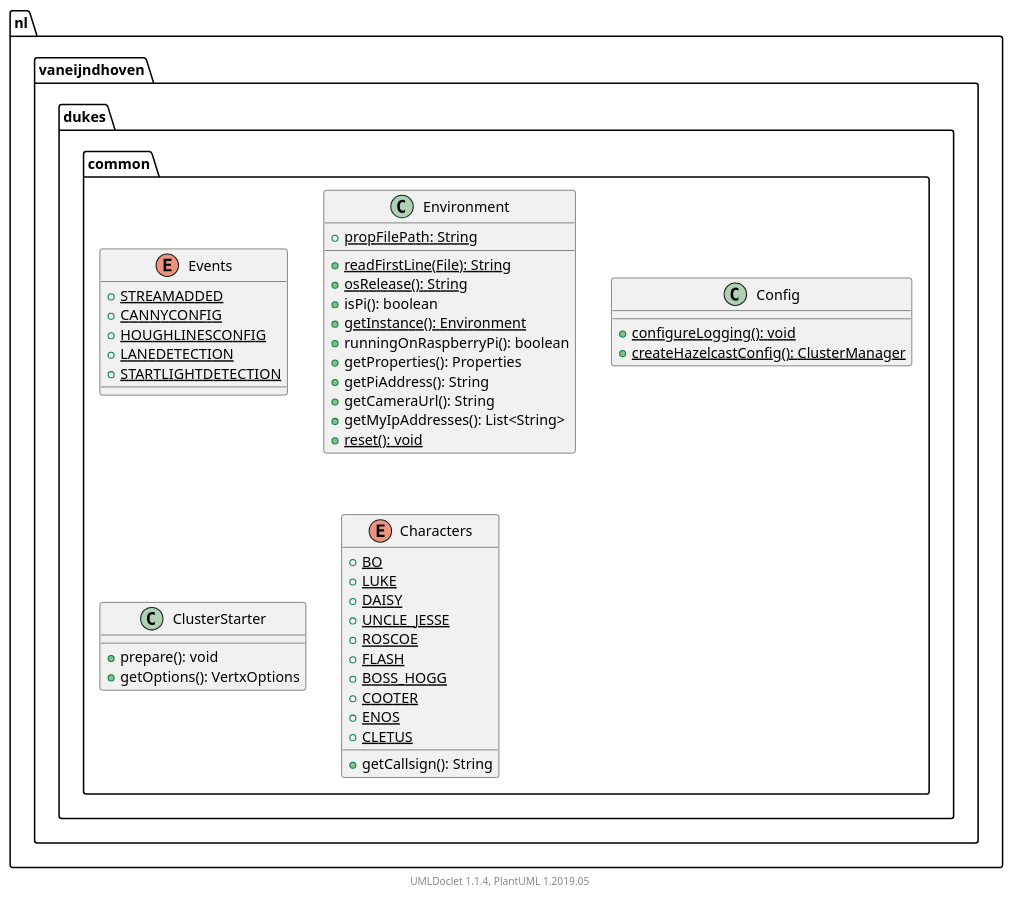
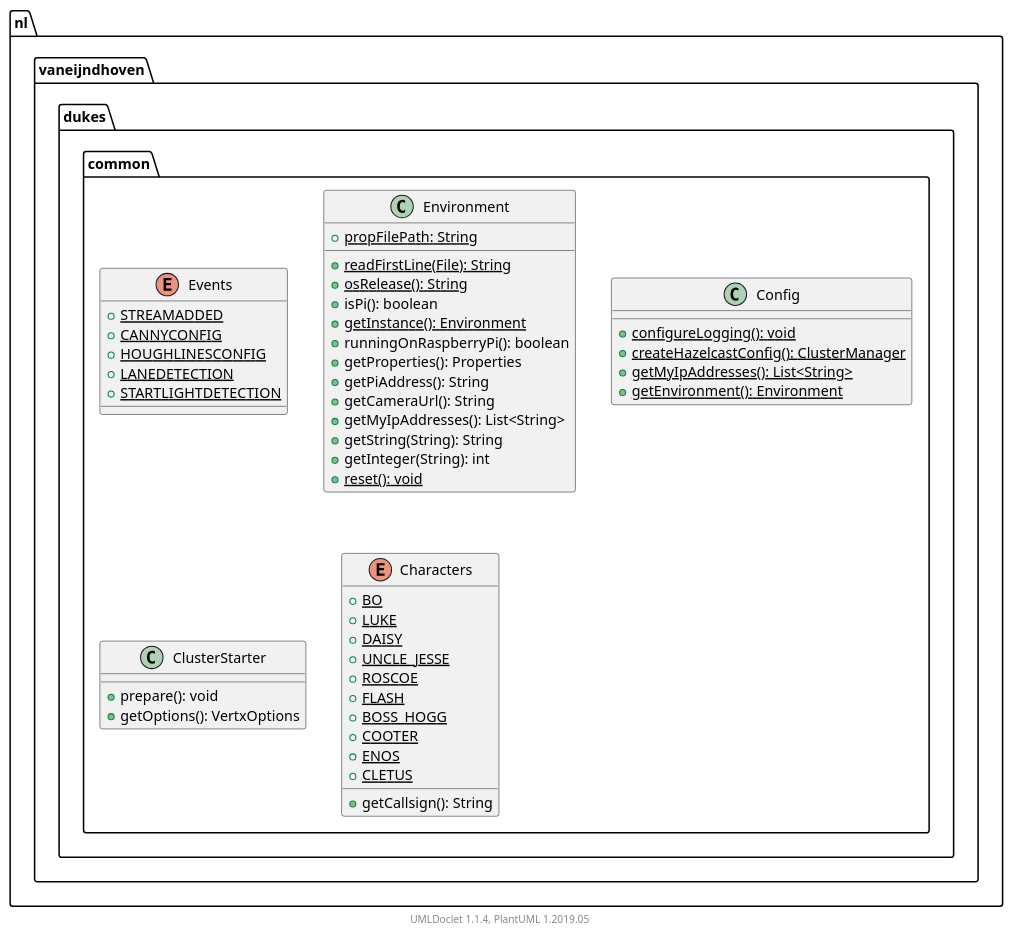
One commit to rc-dukes/dukes changed the diagram in rc-common/rc-common/apidocs/nl/vaneijndhoven/dukes/common/package.puml. Above: the diagram before and after it, drawn with PlantUML. The commit also changed 1456 other files, not shown here.

```diff
--- a/rc-common/rc-common/apidocs/nl/vaneijndhoven/dukes/common/package.puml
+++ b/rc-common/rc-common/apidocs/nl/vaneijndhoven/dukes/common/package.puml
@@ -1,55 +1,59 @@
 @startuml
 
     namespace nl.vaneijndhoven.dukes.common {
 
         enum Events [[Events.html]] {
             {static} +STREAMADDED
             {static} +CANNYCONFIG
             {static} +HOUGHLINESCONFIG
             {static} +LANEDETECTION
             {static} +STARTLIGHTDETECTION
         }
 
         class Environment [[Environment.html]] {
             {static} +propFilePath: String
             {static} +readFirstLine(File): String
             {static} +osRelease(): String
             +isPi(): boolean
             {static} +getInstance(): Environment
             +runningOnRaspberryPi(): boolean
             +getProperties(): Properties
             +getPiAddress(): String
             +getCameraUrl(): String
             +getMyIpAddresses(): List<String>
+            +getString(String): String
+            +getInteger(String): int
             {static} +reset(): void
         }
 
         class Config [[Config.html]] {
             {static} +configureLogging(): void
             {static} +createHazelcastConfig(): ClusterManager
+            {static} +getMyIpAddresses(): List<String>
+            {static} +getEnvironment(): Environment
         }
 
         class ClusterStarter [[ClusterStarter.html]] {
             +prepare(): void
             +getOptions(): VertxOptions
         }
 
         enum Characters [[Characters.html]] {
             {static} +BO
             {static} +LUKE
             {static} +DAISY
             {static} +UNCLE_JESSE
             {static} +ROSCOE
             {static} +FLASH
             {static} +BOSS_HOGG
             {static} +COOTER
             {static} +ENOS
             {static} +CLETUS
             +getCallsign(): String
         }
 
     }
 
 
     center footer UMLDoclet 1.1.4, PlantUML 1.2019.05
 @enduml
```
